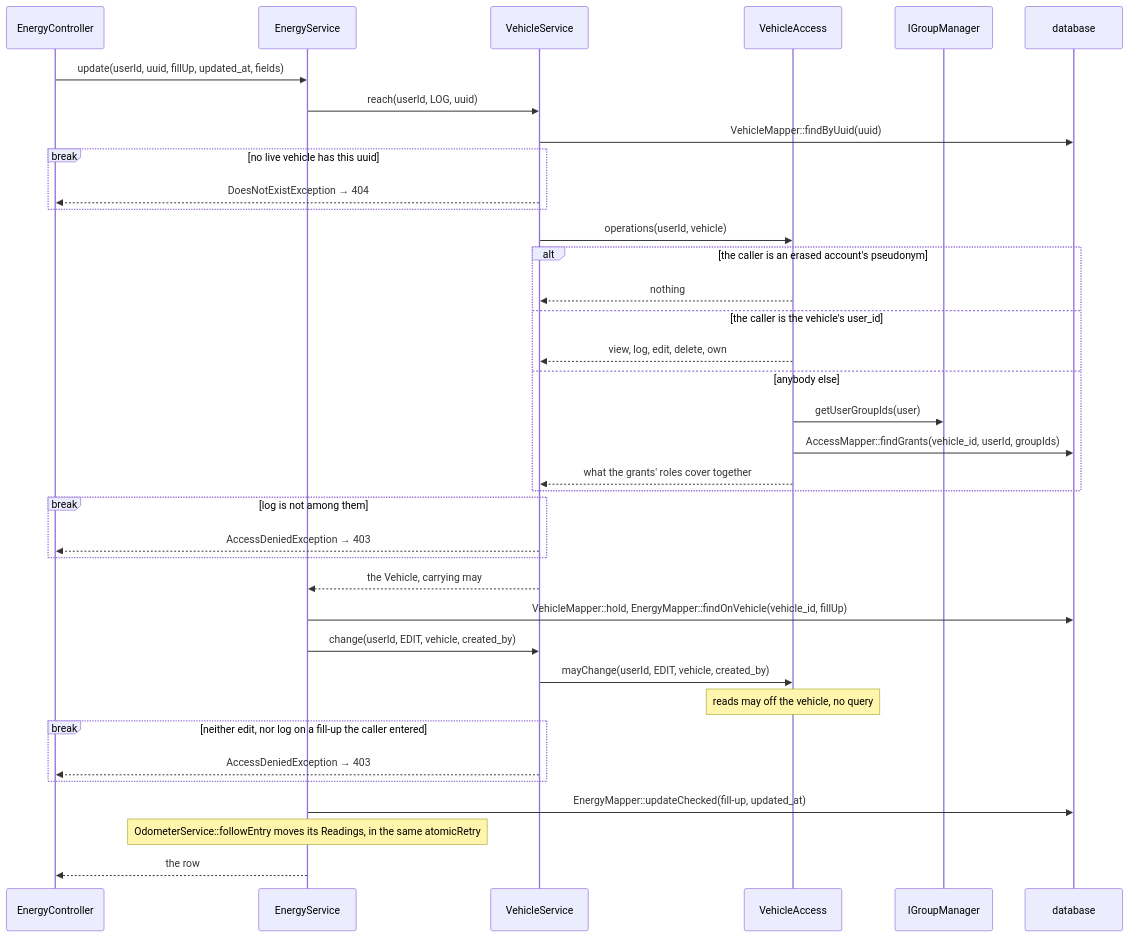
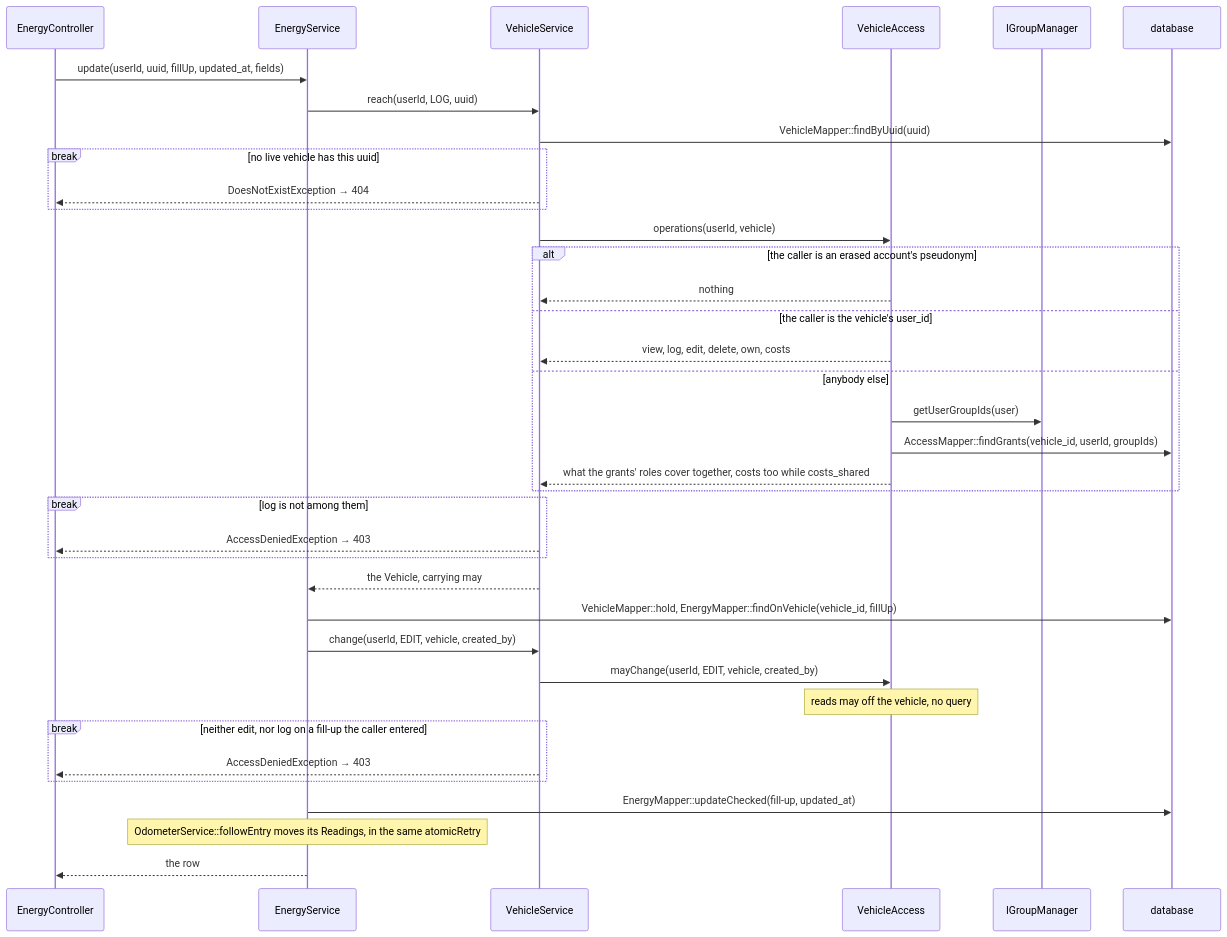
One commit to typical42/next-fleet changed the first of 11 diagrams in docs/design/flows.md. Above: the diagram before and after it, drawn with Mermaid. The commit also changed other lines of this file and 117 other files, not shown here.

````diff
--- a/docs/design/flows.md
+++ b/docs/design/flows.md
@@ -14,39 +14,39 @@
 ```mermaid
 sequenceDiagram
     participant Controller as EnergyController
     participant Energy as EnergyService
     participant Fleet as VehicleService
     participant Access as VehicleAccess
     participant Groups as IGroupManager
     participant db as database
     Controller->>Energy: update(userId, uuid, fillUp, updated_at, fields)
     Energy->>Fleet: reach(userId, LOG, uuid)
     Fleet->>db: VehicleMapper::findByUuid(uuid)
     break no live vehicle has this uuid
         Fleet-->>Controller: DoesNotExistException → 404
     end
     Fleet->>Access: operations(userId, vehicle)
     alt the caller is an erased account's pseudonym
         Access-->>Fleet: nothing
     else the caller is the vehicle's user_id
-        Access-->>Fleet: view, log, edit, delete, own
+        Access-->>Fleet: view, log, edit, delete, own, costs
     else anybody else
         Access->>Groups: getUserGroupIds(user)
         Access->>db: AccessMapper::findGrants(vehicle_id, userId, groupIds)
-        Access-->>Fleet: what the grants' roles cover together
+        Access-->>Fleet: what the grants' roles cover together, costs too while costs_shared
     end
     break log is not among them
         Fleet-->>Controller: AccessDeniedException → 403
     end
     Fleet-->>Energy: the Vehicle, carrying may
     Energy->>db: VehicleMapper::hold, EnergyMapper::findOnVehicle(vehicle_id, fillUp)
     Energy->>Fleet: change(userId, EDIT, vehicle, created_by)
     Fleet->>Access: mayChange(userId, EDIT, vehicle, created_by)
     Note over Access: reads may off the vehicle, no query
     break neither edit, nor log on a fill-up the caller entered
         Fleet-->>Controller: AccessDeniedException → 403
     end
     Energy->>db: EnergyMapper::updateChecked(fill-up, updated_at)
     Note over Energy: OdometerService::followEntry moves its Readings, in the same atomicRetry
     Energy-->>Controller: the row
 ```
````
